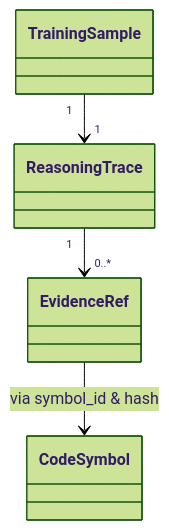
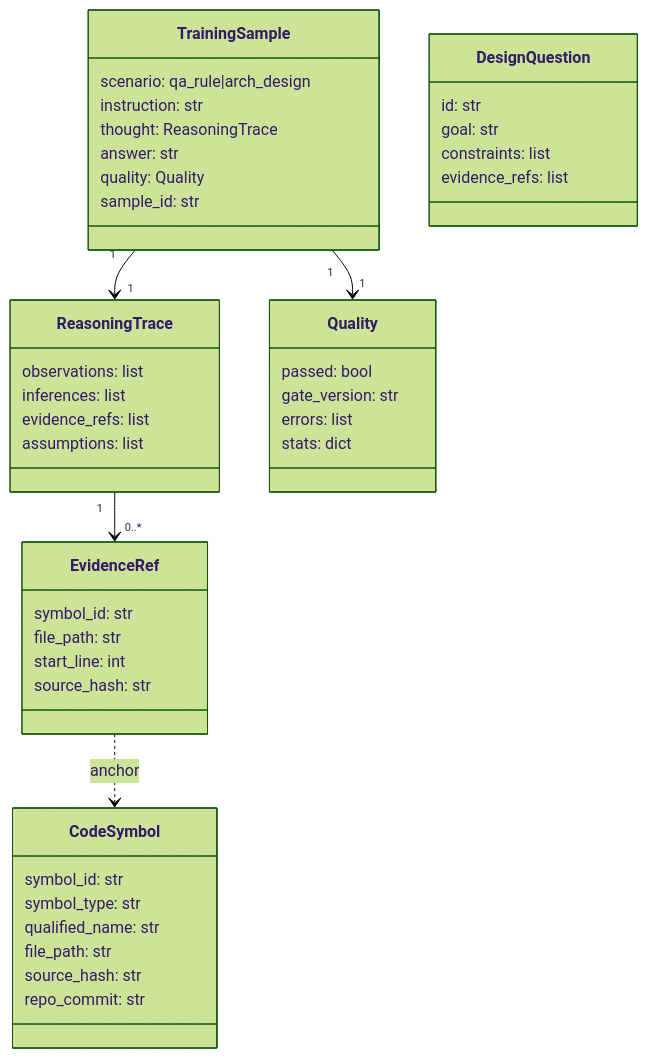
The diagram in docs/DATA_MODEL.md (FlutteryEmbers/intelligent_code), drawn with Mermaid (forest theme) before and after one commit.

````diff
--- a/docs/DATA_MODEL.md
+++ b/docs/DATA_MODEL.md
@@ -21,11 +21,53 @@
 ```mermaid
 classDiagram
-  class CodeSymbol
-  class EvidenceRef
-  class TrainingSample
-  class ReasoningTrace
+  class CodeSymbol {
+    symbol_id: str
+    symbol_type: str
+    qualified_name: str
+    file_path: str
+    source_hash: str
+    repo_commit: str
+  }
+
+  class EvidenceRef {
+    symbol_id: str
+    file_path: str
+    start_line: int
+    source_hash: str
+  }
+
+  class ReasoningTrace {
+    observations: list
+    inferences: list
+    evidence_refs: list
+    assumptions: list
+  }
+
+  class TrainingSample {
+    scenario: qa_rule|arch_design
+    instruction: str
+    thought: ReasoningTrace
+    answer: str
+    quality: Quality
+    sample_id: str
+  }
+
+  class Quality {
+    passed: bool
+    gate_version: str
+    errors: list
+    stats: dict
+  }
+
+  class DesignQuestion {
+    id: str
+    goal: str
+    constraints: list
+    evidence_refs: list
+  }
 
   TrainingSample "1" --> "1" ReasoningTrace
+  TrainingSample "1" --> "1" Quality
   ReasoningTrace "1" --> "0..*" EvidenceRef
-  EvidenceRef --> CodeSymbol : via symbol_id & hash
+  EvidenceRef ..> CodeSymbol : anchor
 ```
````
